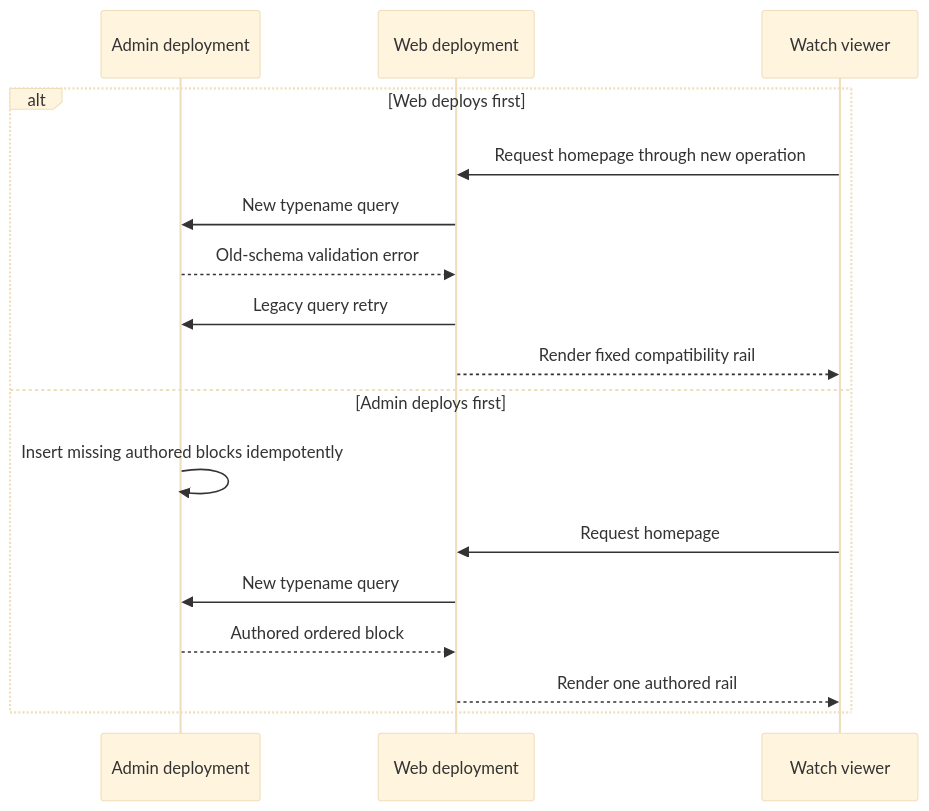
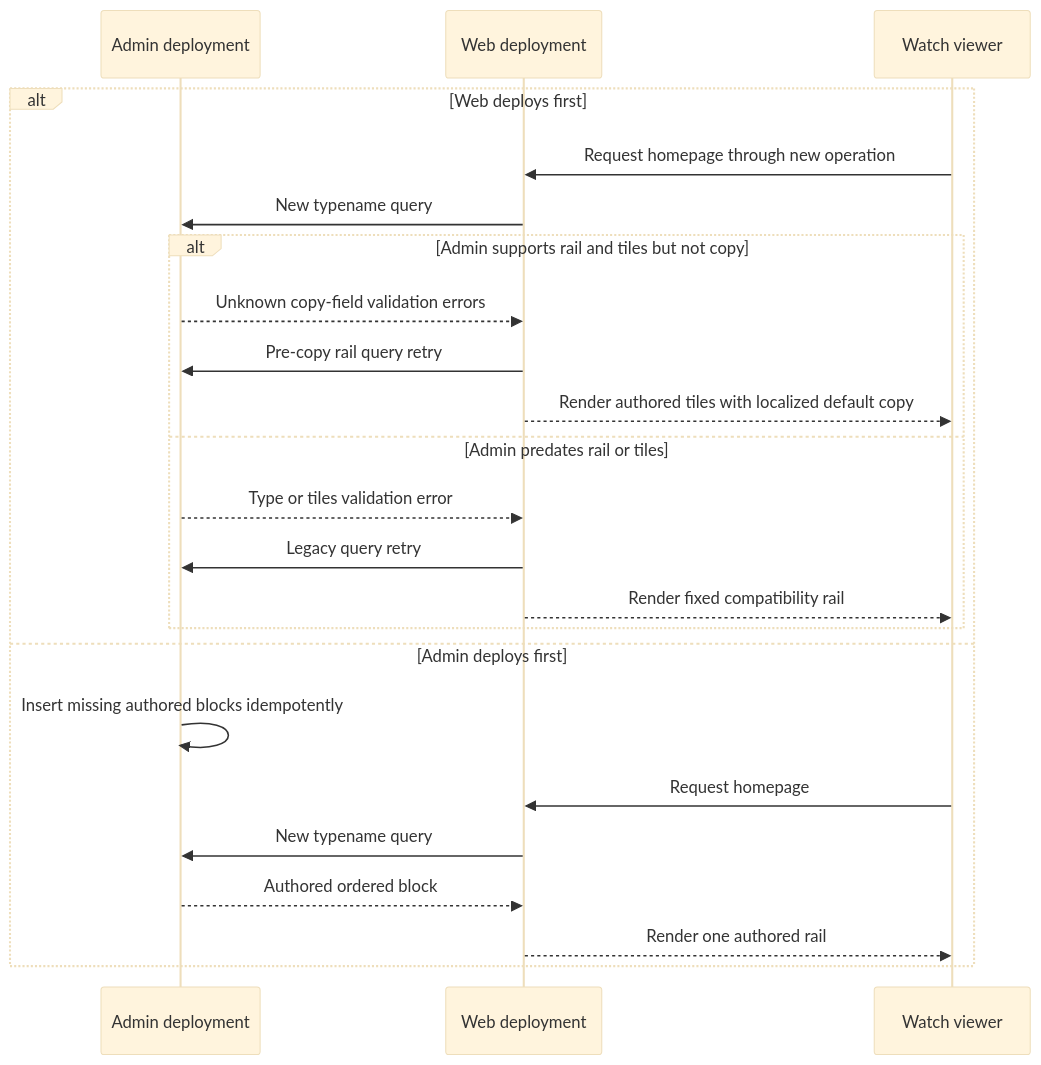
The second of 2 diagrams in docs/plans/2026-08-26-1827-feat-watch-category-rail-block-plan.md (JesusFilm/forge), drawn with Mermaid (base theme) before and after one commit. The commit also changed other lines of this file, not shown here.

Commit message:
docs(plan): define editable category rail copy

````diff
--- a/docs/plans/2026-08-26-1827-feat-watch-category-rail-block-plan.md
+++ b/docs/plans/2026-08-26-1827-feat-watch-category-rail-block-plan.md
@@ -163,19 +183,25 @@
 ```mermaid
 sequenceDiagram
   participant AdminDeploy as Admin deployment
   participant WebDeploy as Web deployment
   participant Viewer as Watch viewer
   alt Web deploys first
     Viewer->>WebDeploy: Request homepage through new operation
     WebDeploy->>AdminDeploy: New typename query
-    AdminDeploy-->>WebDeploy: Old-schema validation error
-    WebDeploy->>AdminDeploy: Legacy query retry
-    WebDeploy-->>Viewer: Render fixed compatibility rail
+    alt Admin supports rail and tiles but not copy
+      AdminDeploy-->>WebDeploy: Unknown copy-field validation errors
+      WebDeploy->>AdminDeploy: Pre-copy rail query retry
+      WebDeploy-->>Viewer: Render authored tiles with localized default copy
+    else Admin predates rail or tiles
+      AdminDeploy-->>WebDeploy: Type or tiles validation error
+      WebDeploy->>AdminDeploy: Legacy query retry
+      WebDeploy-->>Viewer: Render fixed compatibility rail
+    end
   else Admin deploys first
     AdminDeploy->>AdminDeploy: Insert missing authored blocks idempotently
     Viewer->>WebDeploy: Request homepage
     WebDeploy->>AdminDeploy: New typename query
     AdminDeploy-->>WebDeploy: Authored ordered block
     WebDeploy-->>Viewer: Render one authored rail
   end
 ```
````
